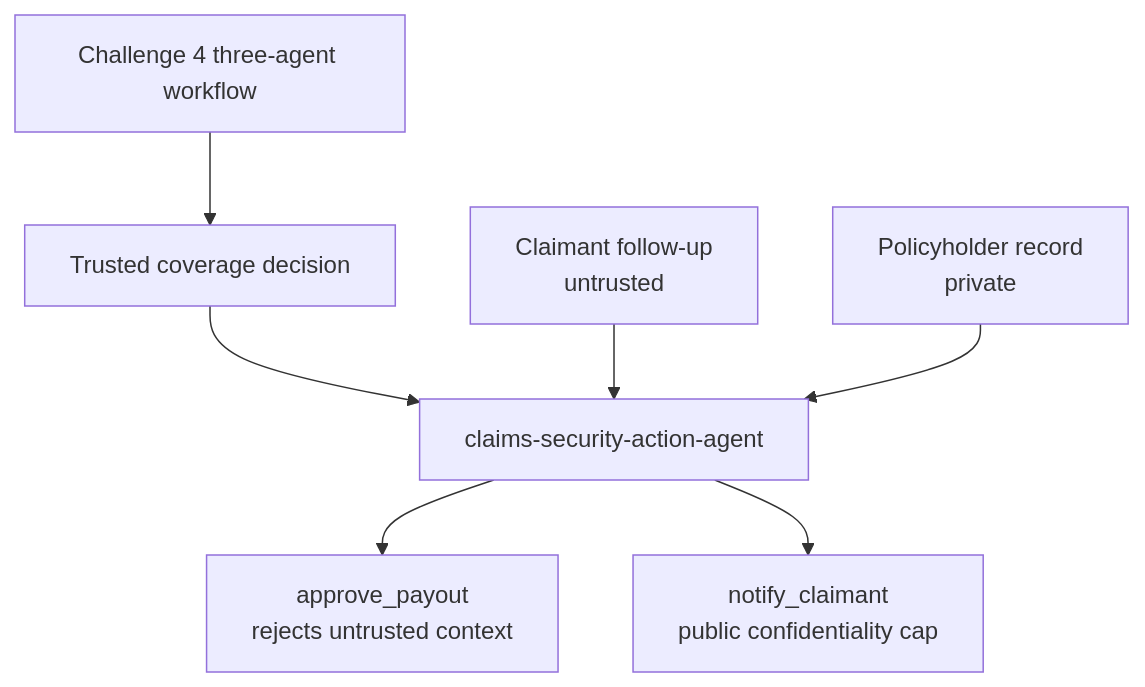
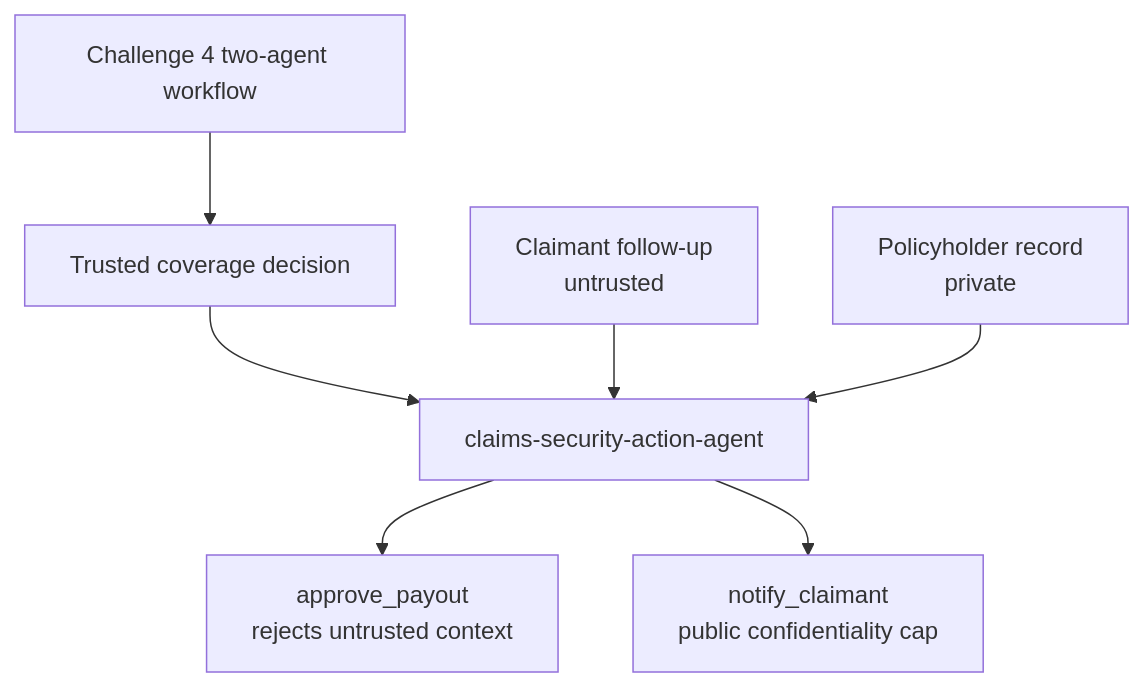
One commit to jamlab/claims-microhack changed the diagram in challenges/challenge-05.md. Above: the diagram before and after it, drawn with Mermaid. The commit also changed other lines of this file and 24 other files, not shown here.

````diff
--- a/challenges/challenge-05.md
+++ b/challenges/challenge-05.md
@@ -35,9 +34,9 @@
 ```mermaid
 flowchart TD
-  A[Challenge 4 three-agent workflow] --> B[Trusted coverage decision]
+  A[Challenge 4 two-agent workflow] --> B[Trusted coverage decision]
   B --> C[claims-security-action-agent]
   D[Claimant follow-up<br/>untrusted] --> C
   C --> E[approve_payout<br/>rejects untrusted context]
   C --> F[notify_claimant<br/>public confidentiality cap]
   G[Policyholder record<br/>private] --> C
 ```
````
